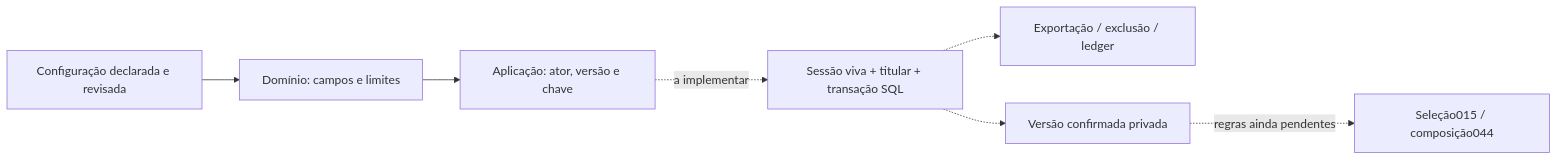
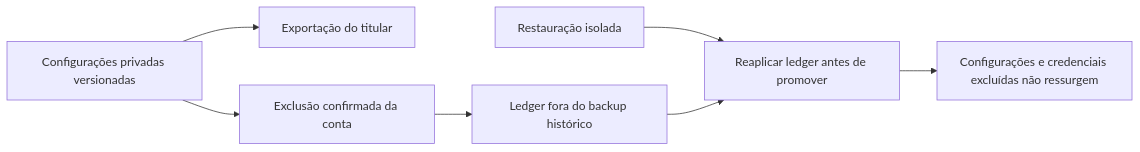
Before and after one commit to richardcastrogois/TrainForge: the second of 2 diagrams in docs/execucao/v1/configuracao-treino-047.md, drawn with Mermaid. The commit also changed other lines of this file and 72 other files, not shown here.

````diff
--- a/docs/execucao/v1/configuracao-treino-047.md
+++ b/docs/execucao/v1/configuracao-treino-047.md
@@ -42,9 +73,9 @@
 ```mermaid
 flowchart LR
-    input["Configuração declarada e revisada"] --> validation["Domínio: campos e limites"]
-    validation --> service["Aplicação: ator, versão e chave"]
-    service -. "a implementar" .-> sql["Sessão viva + titular + transação SQL"]
-    sql -.-> privacy["Exportação / exclusão / ledger"]
-    sql -.-> current["Versão confirmada privada"]
-    current -. "regras ainda pendentes" .-> selection["Seleção015 / composição044"]
+    versions["Configurações privadas versionadas"] --> export["Exportação do titular"]
+    versions --> erasure["Exclusão confirmada da conta"]
+    erasure --> ledger["Ledger fora do backup histórico"]
+    backup["Restauração isolada"] --> gate["Reaplicar ledger antes de promover"]
+    ledger --> gate
+    gate --> purged["Configurações e credenciais excluídas não ressurgem"]
 ```
````
